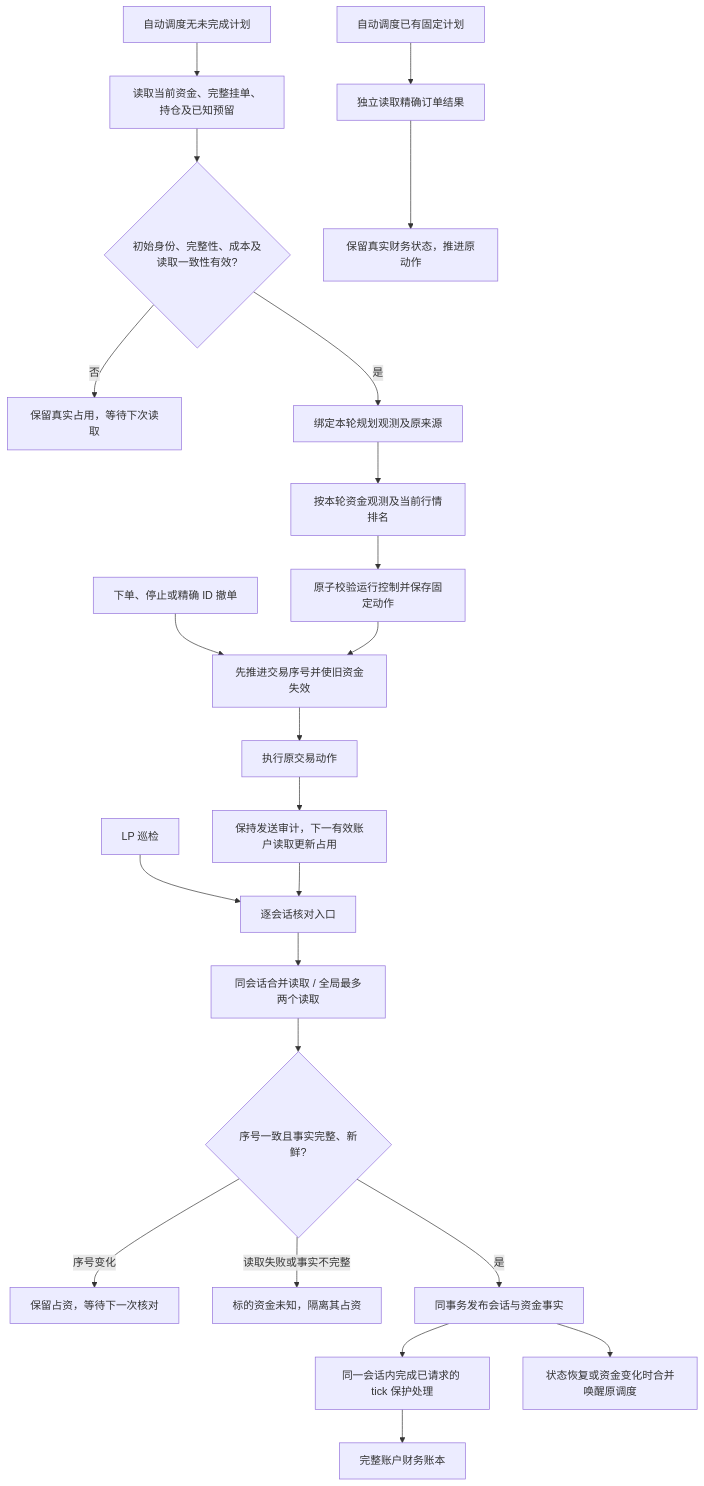
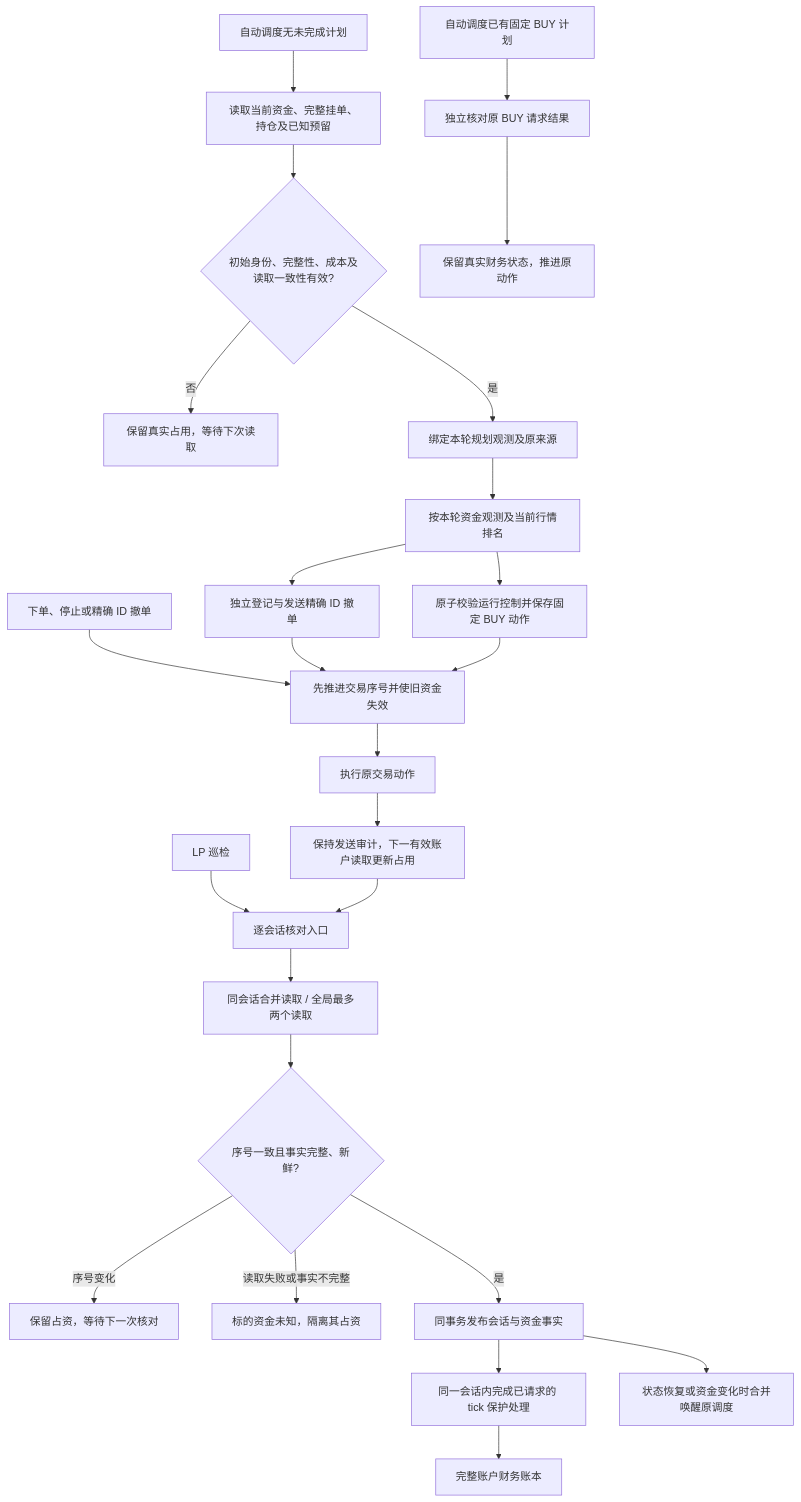
One commit to raymizzou/open_trader changed the diagram in docs/contexts/prediction-arbitrage/CONTEXT.md. Above: the diagram before and after it, drawn with Mermaid. The commit also changed other lines of this file and 13 other files, not shown here.

````diff
--- a/docs/contexts/prediction-arbitrage/CONTEXT.md
+++ b/docs/contexts/prediction-arbitrage/CONTEXT.md
@@ -129,26 +129,28 @@
 ```mermaid
 flowchart TD
     Tick[LP 巡检] --> Shared[逐会话核对入口]
     Auto[自动调度无未完成计划] --> PlanningRead[读取当前资金、完整挂单、持仓及已知预留]
     PlanningRead --> PlanningCheck{初始身份、完整性、成本及读取一致性有效?}
     PlanningCheck -->|否| PlanWait[保留真实占用，等待下次读取]
     PlanningCheck -->|是| Observation[绑定本轮规划观测及原来源]
     Observation --> Rank
-    AutoPlan[自动调度已有固定计划] --> Results[独立读取精确订单结果]
+    AutoPlan[自动调度已有固定 BUY 计划] --> Results[独立核对原 BUY 请求结果]
     Results --> Progress[保留真实财务状态，推进原动作]
     Ledger[完整账户财务账本]
     Shared --> Read[同会话合并读取 / 全局最多两个读取]
     Change[下单、停止或精确 ID 撤单] --> Fence[先推进交易序号并使旧资金失效]
-    Rank[按本轮资金观测及当前行情排名] --> Batch[原子校验运行控制并保存固定动作]
+    Rank[按本轮资金观测及当前行情排名] --> Batch[原子校验运行控制并保存固定 BUY 动作]
+    Rank --> Cancel[独立登记与发送精确 ID 撤单]
+    Cancel --> Fence
     Batch --> Fence
     Fence --> Send[执行原交易动作]
     Send --> Pending[保持发送审计，下一有效账户读取更新占用]
     Pending --> Shared
     Read --> Check{序号一致且事实完整、新鲜?}
     Check -->|序号变化| Retry[保留占资，等待下一次核对]
     Check -->|读取失败或事实不完整| Unknown[标的资金未知，隔离其占资]
     Check -->|是| Publish[同事务发布会话与资金事实]
     Publish --> Monitor[同一会话内完成已请求的 tick 保护处理]
     Monitor --> Ledger
     Publish --> Wake[状态恢复或资金变化时合并唤醒原调度]
 ```
````
